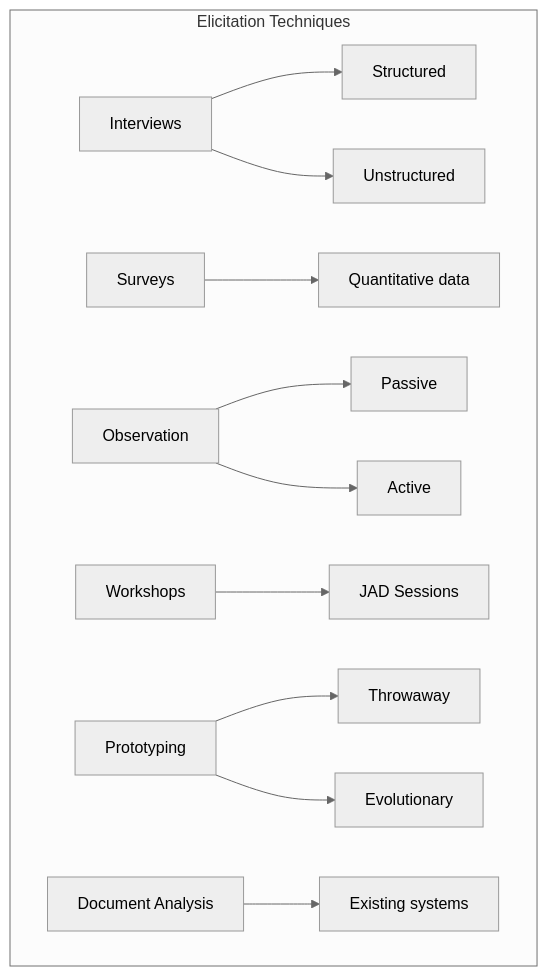
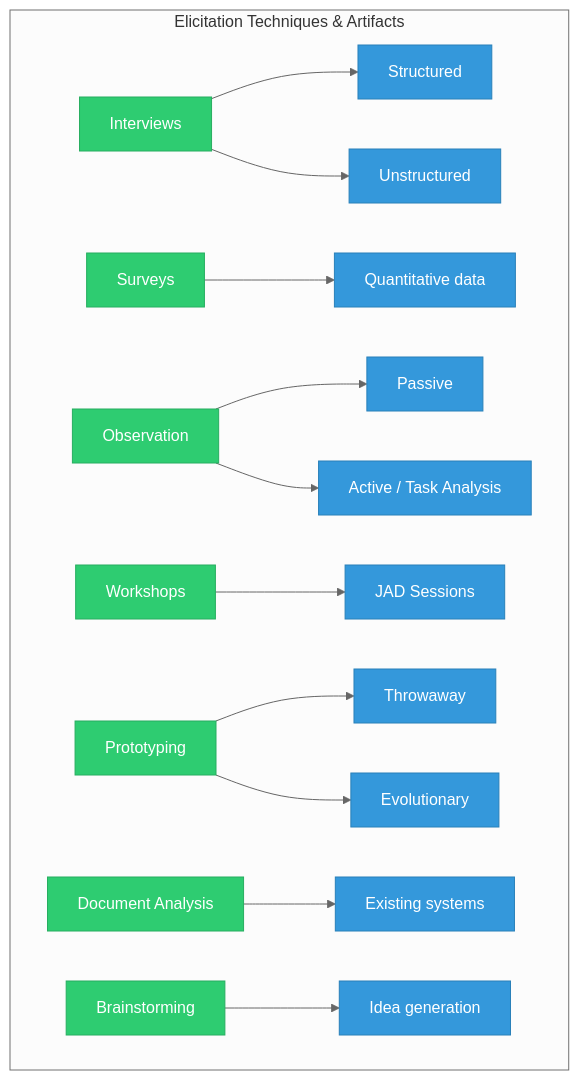
Before and after one commit to Raushan666java/ai-engineering-journey: the second of 6 diagrams in docs/courses/software-engineering/02-requirements.md, drawn with Mermaid (neutral theme). The commit also changed other lines of this file and 15 other files, not shown here.

Commit message:
deploy: software-engineering overhaul - 16 chapters expanded to avg 1284L (+7649L), richer Mermaid, more TS, deeper content

````diff
--- a/docs/courses/software-engineering/02-requirements.md
+++ b/docs/courses/software-engineering/02-requirements.md
@@ -72,14 +82,20 @@
 ```mermaid
 graph TD
-    subgraph "Elicitation Techniques"
+    subgraph "Elicitation Techniques & Artifacts"
         I[Interviews] --> S[Structured]
         I --> U[Unstructured]
         Q[Surveys] --> QD[Quantitative data]
         O[Observation] --> P[Passive]
-        O --> A[Active]
+        O --> A[Active / Task Analysis]
         W[Workshops] --> JAD[JAD Sessions]
         PR[Prototyping] --> TA[Throwaway]
         PR --> EV[Evolutionary]
         D[Document Analysis] --> DA[Existing systems]
+        BR[Brainstorming] --> ID[Idea generation]
     end
+
+    classDef tech fill:#2ecc71,stroke:#27ae60,color:#fff
+    classDef output fill:#3498db,stroke:#2980b9,color:#fff
+    class I,Q,O,W,PR,D,BR tech
+    class S,U,QD,P,A,JAD,TA,EV,DA,ID output
 ```
````
